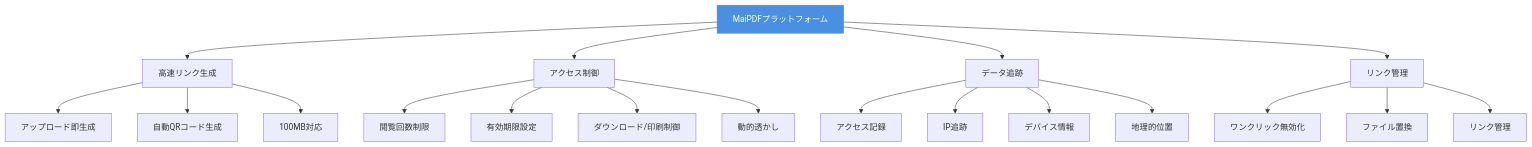
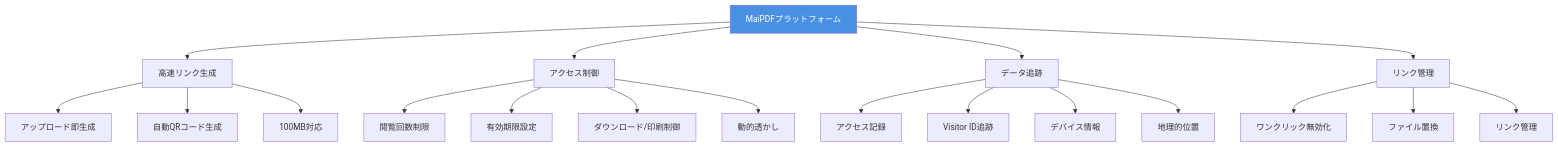
Before and after one commit to mythenigma/cloudflareAstro: the second of 12 diagrams in src/content/blog/ja/pdf-sharing-introduction.md, drawn with Mermaid. The commit also changed other lines of this file and 353 other files, not shown here.

````diff
--- a/src/content/blog/ja/pdf-sharing-introduction.md
+++ b/src/content/blog/ja/pdf-sharing-introduction.md
@@ -51,27 +51,27 @@
 ```mermaid
 flowchart TD
     A[MaiPDFプラットフォーム] --> B[高速リンク生成]
     A --> C[アクセス制御]
     A --> D[データ追跡]
     A --> E[リンク管理]
     
     B --> B1[アップロード即生成]
     B --> B2[自動QRコード生成]
     B --> B3[100MB対応]
     
     C --> C1[閲覧回数制限]
     C --> C2[有効期限設定]
     C --> C3[ダウンロード/印刷制御]
     C --> C4[動的透かし]
     
     D --> D1[アクセス記録]
-    D --> D2[IP追跡]
+    D --> D2[Visitor ID追跡]
     D --> D3[デバイス情報]
     D --> D4[地理的位置]
     
     E --> E1[ワンクリック無効化]
     E --> E2[ファイル置換]
     E --> E3[リンク管理]
     
     style A fill:#4A90E2,color:#fff
 ```
````
